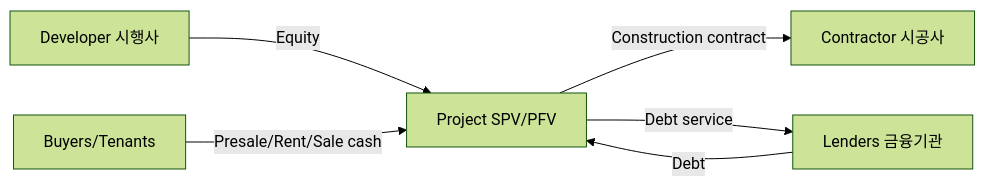
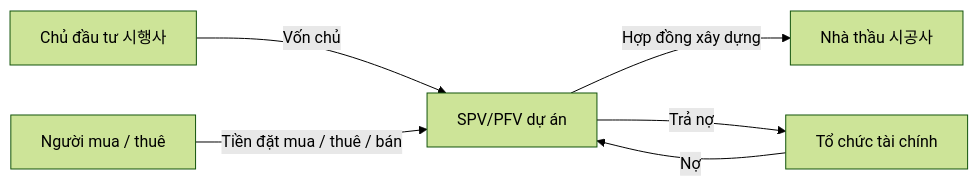
One commit to hunggtham/learning-docs changed the diagram in korea_business_economy_knowledge_library/18_construction_real_estate_and_project_finance.md. Above: the diagram before and after it, drawn with Mermaid (forest theme). The commit also changed other lines of this file, not shown here.

Commit message:
Vietnamize construction and PF explanations

````diff
--- a/korea_business_economy_knowledge_library/18_construction_real_estate_and_project_finance.md
+++ b/korea_business_economy_knowledge_library/18_construction_real_estate_and_project_finance.md
@@ -43,8 +29,8 @@
 ```mermaid
 graph LR
-    D[Developer 시행사] -->|Equity| P[Project SPV/PFV]
-    L[Lenders 금융기관] -->|Debt| P
-    P -->|Construction contract| C[Contractor 시공사]
-    B[Buyers/Tenants] -->|Presale/Rent/Sale cash| P
-    P -->|Debt service| L
+    D[Chủ đầu tư 시행사] -->|Vốn chủ| P[SPV/PFV dự án]
+    L[Tổ chức tài chính] -->|Nợ| P
+    P -->|Hợp đồng xây dựng| C[Nhà thầu 시공사]
+    B[Người mua / thuê] -->|Tiền đặt mua / thuê / bán| P
+    P -->|Trả nợ| L
 ```
````
